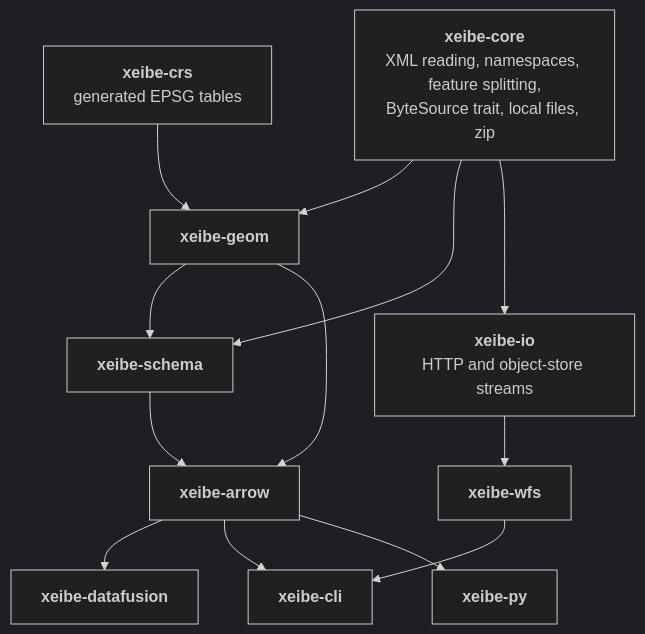
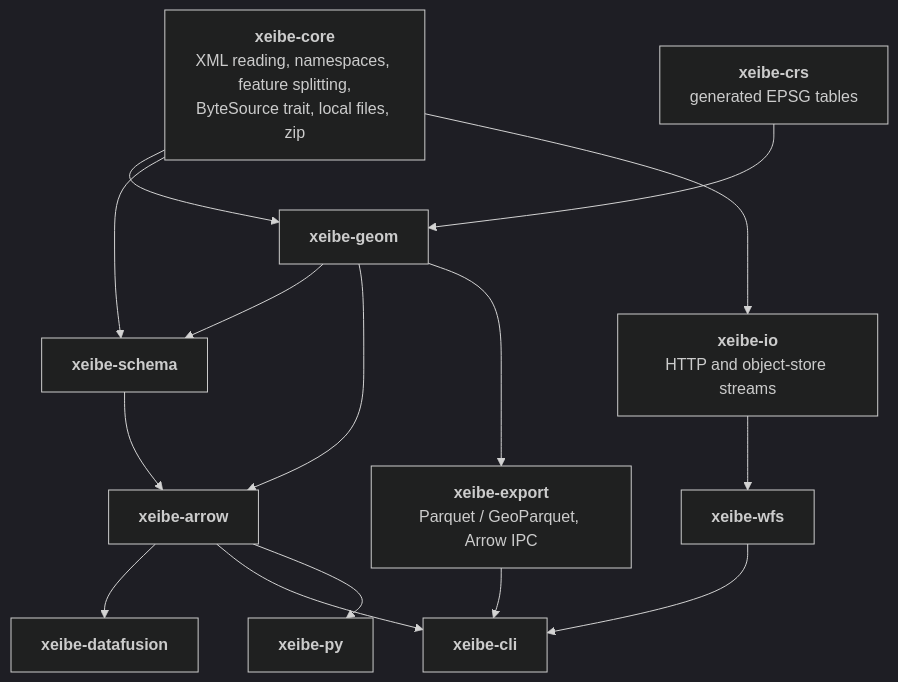
Before and after one commit to ttomasz/xeibe: the first of 3 diagrams in docs/architecture.md, drawn with Mermaid (dark theme). The commit also changed other lines of this file and 20 other files, not shown here.

First line of the commit message:
xeibe-export: the Parquet and Arrow IPC writers, out of the CLI

````diff
--- a/docs/architecture.md
+++ b/docs/architecture.md
@@ -209,21 +209,24 @@
 ```mermaid
 flowchart TD
     core["<b>xeibe-core</b><br/>XML reading, namespaces, feature splitting,<br/>ByteSource trait, local files, zip"]
     crs["<b>xeibe-crs</b><br/>generated EPSG tables"]
     geom["<b>xeibe-geom</b>"]
     schema["<b>xeibe-schema</b>"]
     io["<b>xeibe-io</b><br/>HTTP and object-store streams"]
     arrow["<b>xeibe-arrow</b>"]
+    export["<b>xeibe-export</b><br/>Parquet / GeoParquet, Arrow IPC"]
     wfs["<b>xeibe-wfs</b>"]
     datafusion["<b>xeibe-datafusion</b>"]
     cli["<b>xeibe-cli</b>"]
     py["<b>xeibe-py</b>"]
 
     core --> geom & schema & io
     crs --> geom
     geom --> schema
     geom & schema --> arrow
     io --> wfs
     arrow --> datafusion & cli & py
     wfs --> cli
+    geom --> export
+    export --> cli
 ```
````
